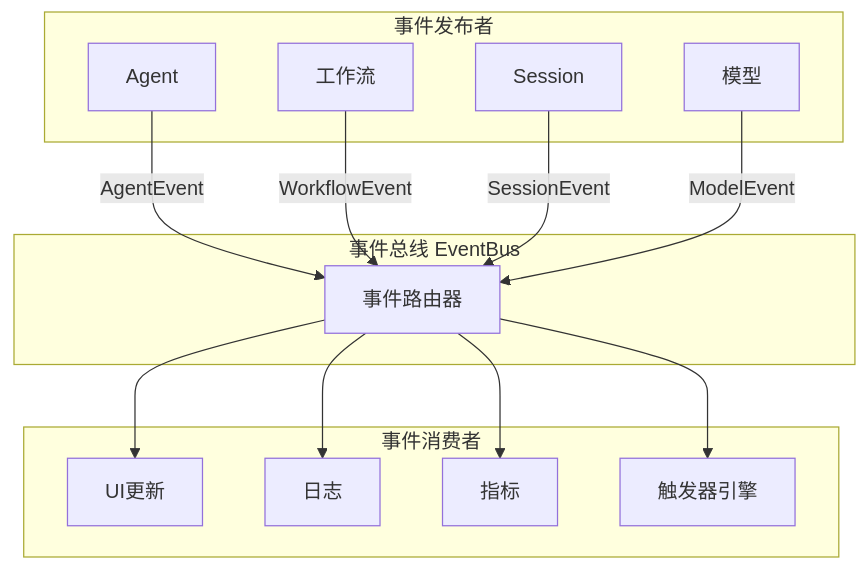
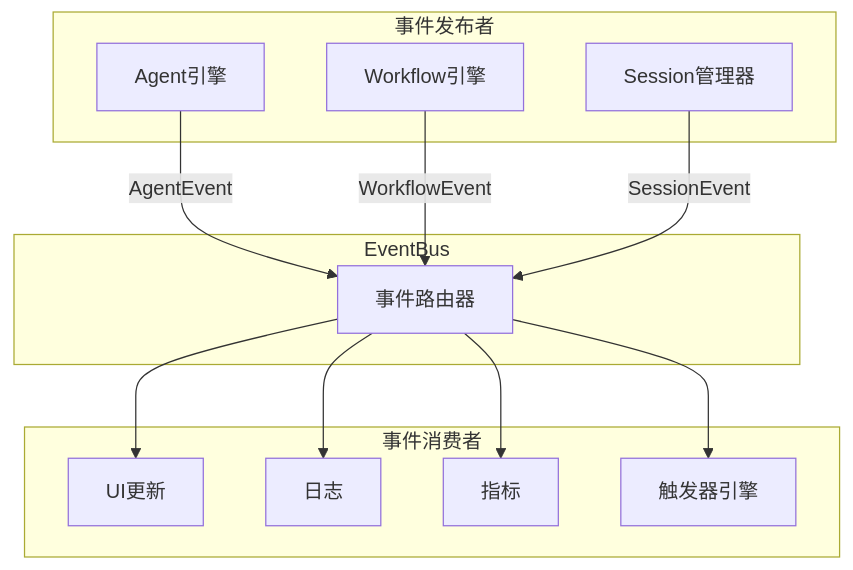
Before and after one commit to MiyakoMeow/neco: the fifth of 5 diagrams in progress/TECH-AGENT.md, drawn with Mermaid. The commit also changed other lines of this file and 11 other files, not shown here.

````diff
--- a/progress/TECH-AGENT.md
+++ b/progress/TECH-AGENT.md
@@ -284,30 +508,28 @@
 ```mermaid
 graph TB
     subgraph "事件发布者"
-        A[Agent]
-        W[工作流]
-        S[Session]
-        M[模型]
+        A[Agent引擎]
+        W[Workflow引擎]
+        S[Session管理器]
     end
     
-    subgraph "事件总线 EventBus"
+    subgraph "EventBus"
         Bus[事件路由器]
     end
     
     subgraph "事件消费者"
         UI[UI更新]
         Log[日志]
         Metric[指标]
         Trigger[触发器引擎]
     end
     
     A -->|AgentEvent| Bus
     W -->|WorkflowEvent| Bus
     S -->|SessionEvent| Bus
-    M -->|ModelEvent| Bus
     
     Bus --> UI
     Bus --> Log
     Bus --> Metric
     Bus --> Trigger
 ```
````
